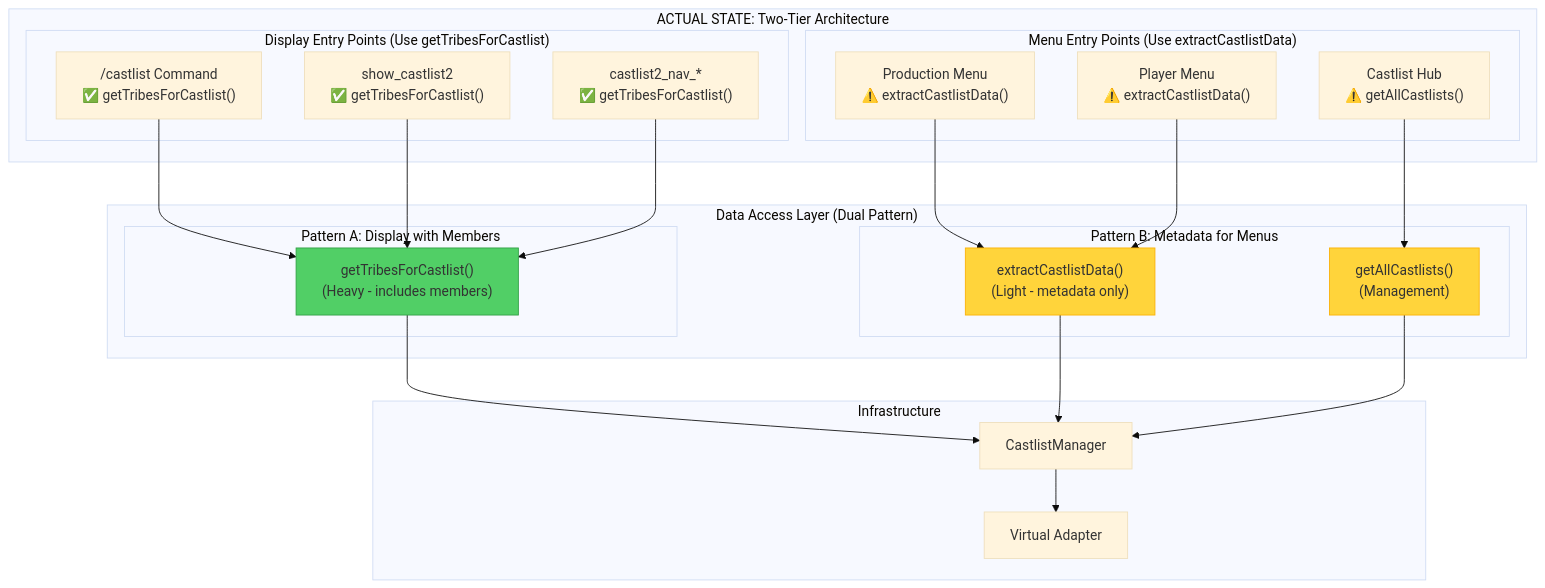
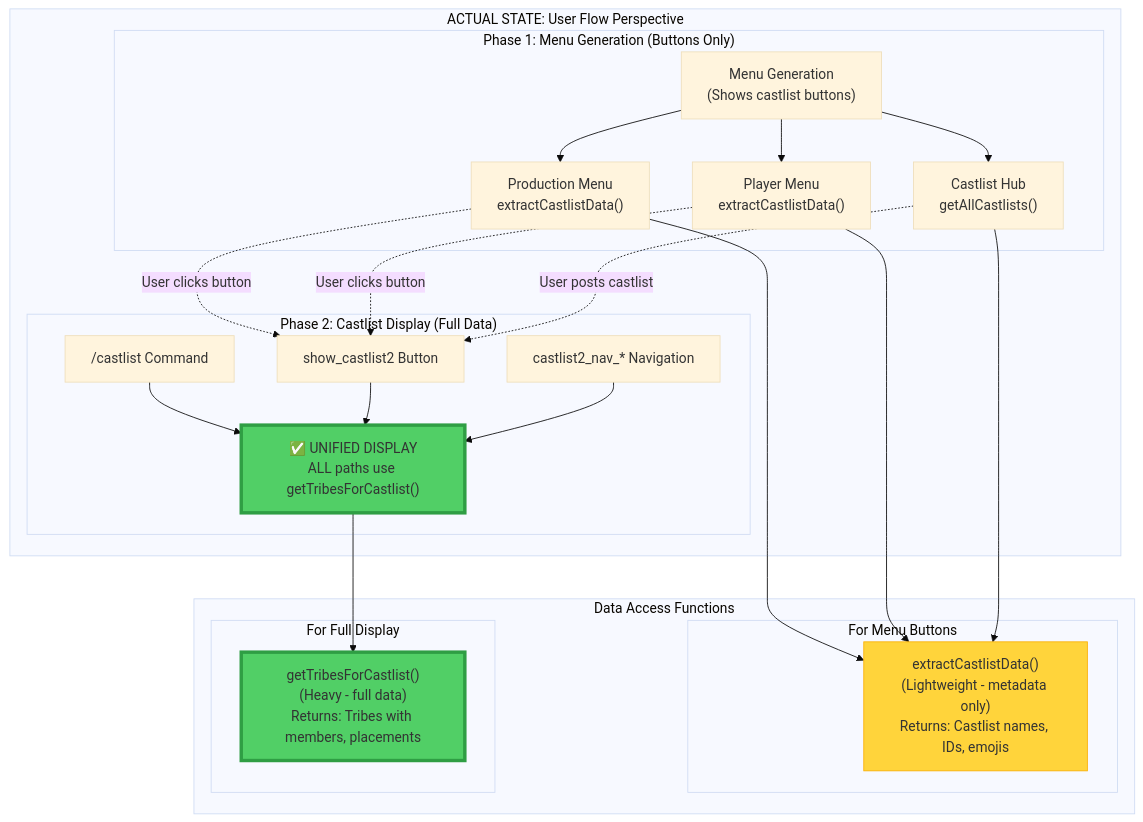
The second of 8 diagrams in RaP/0978_20251115_CastlistArchitecture_AuditReport.md (extremedonkey/castbot), drawn with Mermaid (base theme) before and after one commit. The commit also changed other lines of this file, not shown here.

Commit message:
Fix RaP 0978: Correct fundamental misunderstanding - menu generation vs castlist display are separate operations. ALL display operations use getTribesForCastlist (100% unified). Only documentation needs fixing, architecture is perfect.

````diff
--- a/RaP/0978_20251115_CastlistArchitecture_AuditReport.md
+++ b/RaP/0978_20251115_CastlistArchitecture_AuditReport.md
@@ -209,49 +209,51 @@
 ```mermaid
 graph TB
-    subgraph "ACTUAL STATE: Two-Tier Architecture"
-        subgraph "Display Entry Points (Use getTribesForCastlist)"
-            CMD["/castlist Command<br/>✅ getTribesForCastlist()"]
-            BTN["show_castlist2<br/>✅ getTribesForCastlist()"]
-            NAV["castlist2_nav_*<br/>✅ getTribesForCastlist()"]
+    subgraph "ACTUAL STATE: User Flow Perspective"
+        subgraph "Phase 1: Menu Generation (Buttons Only)"
+            MENUGEN["Menu Generation<br/>(Shows castlist buttons)"]
+            PRODMENU["Production Menu<br/>extractCastlistData()"]
+            PLAYERMENU["Player Menu<br/>extractCastlistData()"]
+            HUB["Castlist Hub<br/>getAllCastlists()"]
         end
 
-        subgraph "Menu Entry Points (Use extractCastlistData)"
-            PRODMENU["Production Menu<br/>⚠️ extractCastlistData()"]
-            PLAYERMENU["Player Menu<br/>⚠️ extractCastlistData()"]
-            HUB["Castlist Hub<br/>⚠️ getAllCastlists()"]
+        subgraph "Phase 2: Castlist Display (Full Data)"
+            DISPLAY["✅ UNIFIED DISPLAY<br/>ALL paths use getTribesForCastlist()"]
+            CMD["/castlist Command"]
+            BTN["show_castlist2 Button"]
+            NAV["castlist2_nav_* Navigation"]
         end
     end
 
-    subgraph "Data Access Layer (Dual Pattern)"
-        subgraph "Pattern A: Display with Members"
-            UNIFIED["getTribesForCastlist()<br/>(Heavy - includes members)"]
+    subgraph "Data Access Functions"
+        subgraph "For Menu Buttons"
+            EXTRACT["extractCastlistData()<br/>(Lightweight - metadata only)<br/>Returns: Castlist names, IDs, emojis"]
         end
 
-        subgraph "Pattern B: Metadata for Menus"
-            EXTRACT["extractCastlistData()<br/>(Light - metadata only)"]
-            GETALL["getAllCastlists()<br/>(Management)"]
+        subgraph "For Full Display"
+            UNIFIED["getTribesForCastlist()<br/>(Heavy - full data)<br/>Returns: Tribes with members, placements"]
         end
     end
 
-    subgraph "Infrastructure"
-        MANAGER["CastlistManager"]
-        ADAPTER["Virtual Adapter"]
-    end
-
-    CMD --> UNIFIED
-    BTN --> UNIFIED
-    NAV --> UNIFIED
-
+    %% Menu Generation Flow
+    MENUGEN --> PRODMENU
+    MENUGEN --> PLAYERMENU
+    MENUGEN --> HUB
     PRODMENU --> EXTRACT
     PLAYERMENU --> EXTRACT
-    HUB --> GETALL
+    HUB --> EXTRACT
 
-    UNIFIED --> MANAGER
-    EXTRACT --> MANAGER
-    GETALL --> MANAGER
-    MANAGER --> ADAPTER
+    %% Display Flow (ALL UNIFIED!)
+    PRODMENU -.->|User clicks button| BTN
+    PLAYERMENU -.->|User clicks button| BTN
+    HUB -.->|User posts castlist| BTN
 
-    style UNIFIED fill:#51cf66,stroke:#2f9e44
+    CMD --> DISPLAY
+    BTN --> DISPLAY
+    NAV --> DISPLAY
+
+    DISPLAY --> UNIFIED
+
+    style DISPLAY fill:#51cf66,stroke:#2f9e44,stroke-width:4px
+    style UNIFIED fill:#51cf66,stroke:#2f9e44,stroke-width:4px
     style EXTRACT fill:#ffd43b,stroke:#fab005
-    style GETALL fill:#ffd43b,stroke:#fab005
 ```
````
